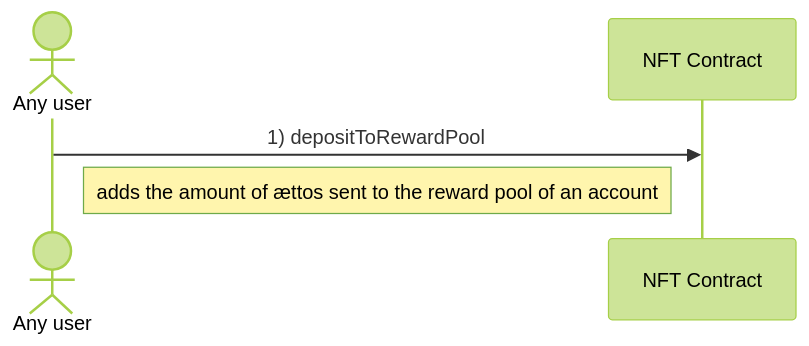
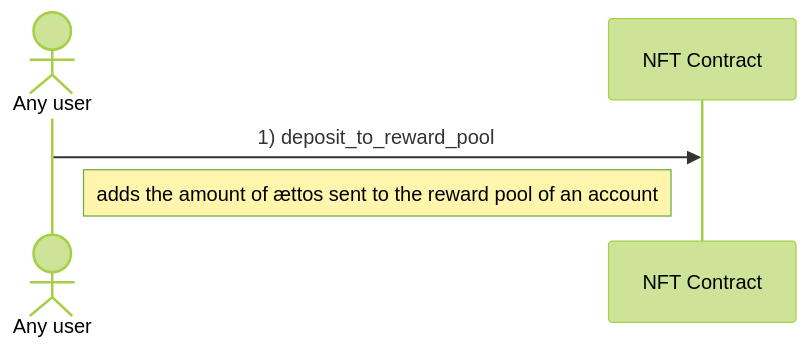
Before and after one commit to marc0olo/aens-nfts: the fifth of 6 diagrams in docs/diagrams/reward_users.md, drawn with Mermaid (forest theme). The commit also changed other lines of this file and 17 other files, not shown here.

````diff
--- a/docs/diagrams/reward_users.md
+++ b/docs/diagrams/reward_users.md
@@ -64,6 +65,6 @@
 ```mermaid
 sequenceDiagram
     actor Any user
-    Any user ->> NFT Contract: 1) depositToRewardPool
+    Any user ->> NFT Contract: 1) deposit_to_reward_pool
     Note left of NFT Contract: adds the amount of ættos sent to the reward pool of an account
 ```
````
